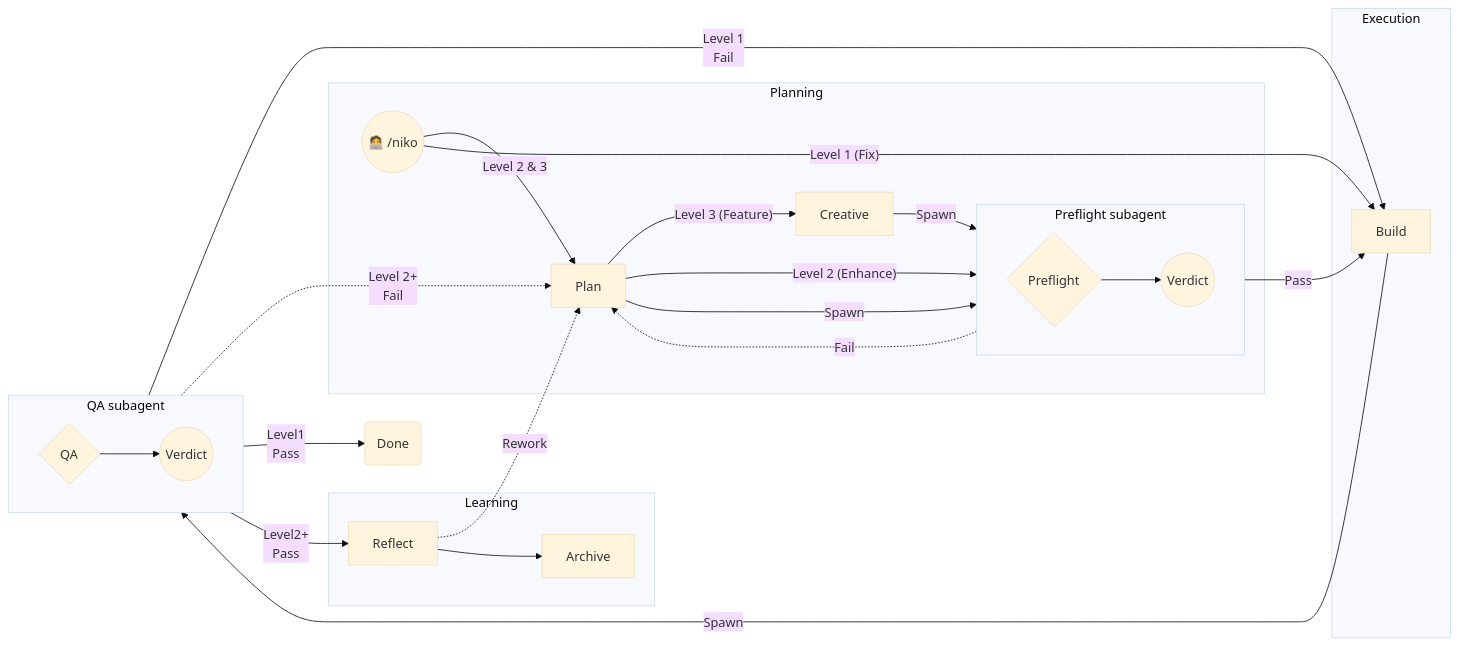
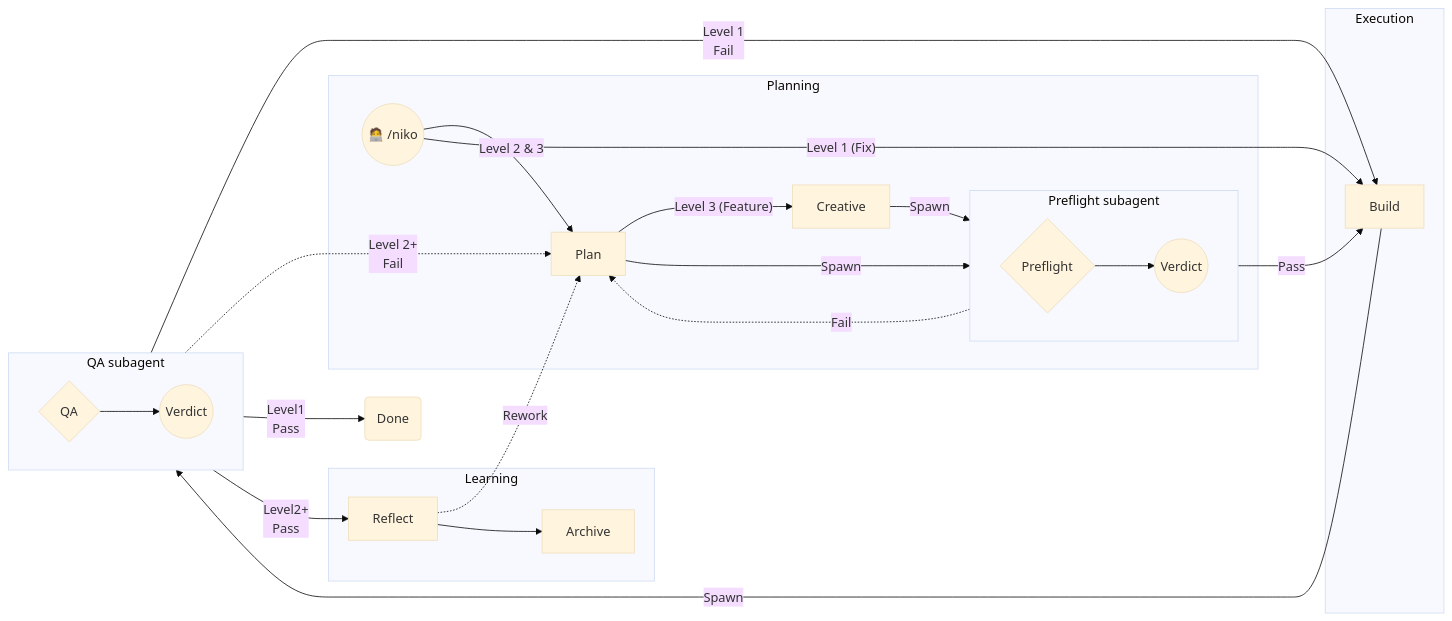
The sixth of 7 diagrams in memory-bank/active/creative/creative-verification-diagrams-review.md (Texarkanine/.cursor-rules), drawn with Mermaid (base theme) before and after one commit.

Commit message:
chore: drop redundant Plan→preflight edge in README long abridgment

````diff
--- a/memory-bank/active/creative/creative-verification-diagrams-review.md
+++ b/memory-bank/active/creative/creative-verification-diagrams-review.md
@@ -161,44 +161,43 @@
 ```mermaid
 flowchart LR
 	Niko(("🧑‍💻 /niko"))
 	Archive["Archive"]
 
 	subgraph Planning
 		Plan["Plan"]
 		Creative["Creative"]
 		Niko -- "Level 2 & 3" --> Plan
 		Plan -- "Level 3 (Feature)" --> Creative
-		Plan -- "Level 2 (Enhance)" --> PF
+		Plan --Spawn--> PF
 		Creative --Spawn--> PF
-		Plan --Spawn--> PF
 		subgraph PFSA["Preflight subagent"]
 			direction LR
 			PF{"Preflight"} --> PFV(("Verdict"))
 		end
 		PFV -.->|"Fail"| Plan
 	end
 
 	Niko -- "Level 1 (Fix)" --> Build
 	PFV -->|"Pass"| Build
 
 	subgraph Execution
 		Build["Build"]
 	end
 
 	Build --Spawn--> QA
 	subgraph QASA["QA subagent"]
 		direction LR
 		QA{"QA"} --> QAV(("Verdict"))
 	end
 
 	QAV -->|"Level 1<br>Fail"| Build
 	QAV -.->|"Level 2+<br>Fail"| Plan
 	QAV -->|"Level1<br>Pass"| Done("Done")
 	QAV -->|"Level2+<br>Pass"| Reflect
 
 	subgraph Learning
 		Reflect["Reflect"]
 		Reflect -.->|"Rework"| Plan
 		Reflect --> Archive
 	end
 ```
````
